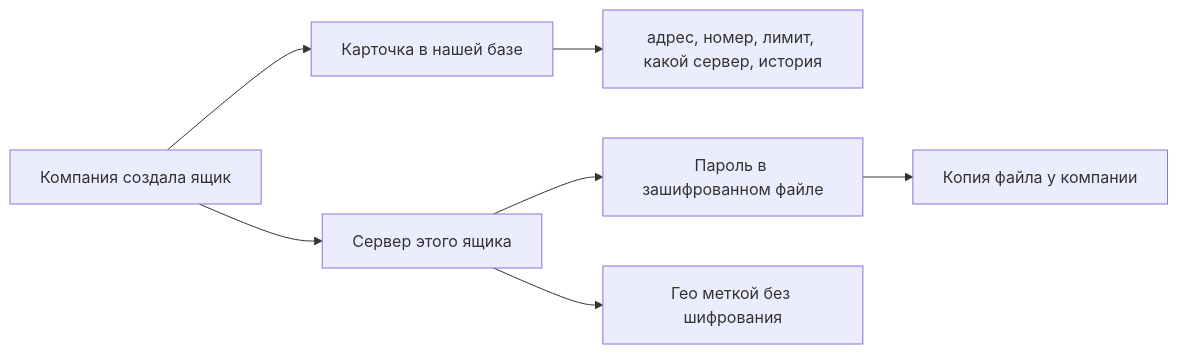
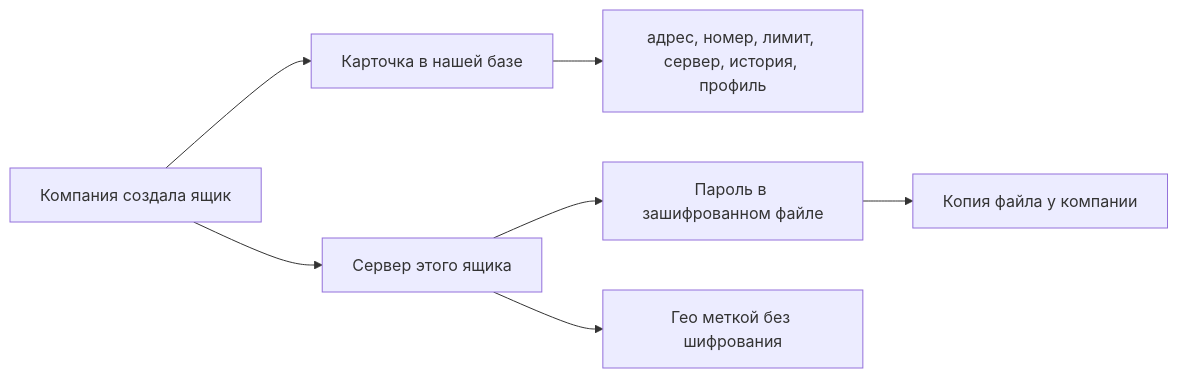
The diagram in docs/VISION.md (dnsbutylin/virtual-managers), drawn with Mermaid before and after one commit. The commit also changed other lines of this file and 3 other files, not shown here.

````diff
--- a/docs/VISION.md
+++ b/docs/VISION.md
@@ -92,9 +92,9 @@
 ```mermaid
 flowchart LR
   company[Компания создала ящик] --> card[Карточка в нашей базе]
   company --> mailboxServer[Сервер этого ящика]
-  card --> what["адрес, номер, лимит, какой сервер, история"]
+  card --> what["адрес, номер, лимит, сервер, история, профиль"]
   mailboxServer --> secret[Пароль в зашифрованном файле]
   mailboxServer --> geo[Гео меткой без шифрования]
   secret --> copy[Копия файла у компании]
 ```
````
